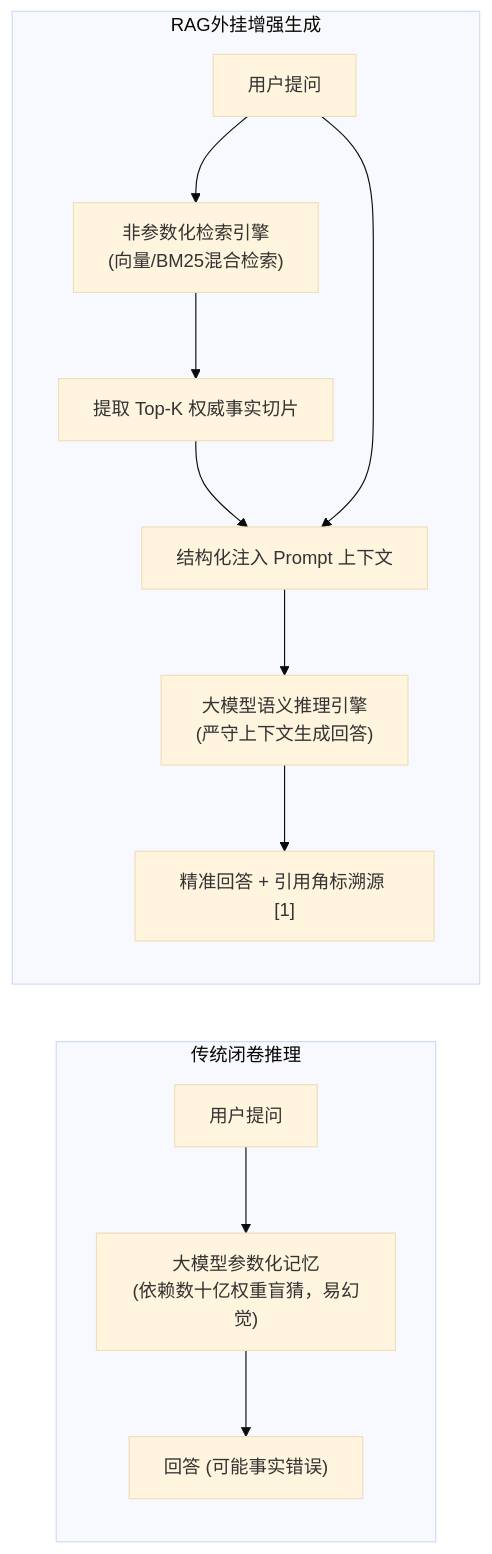
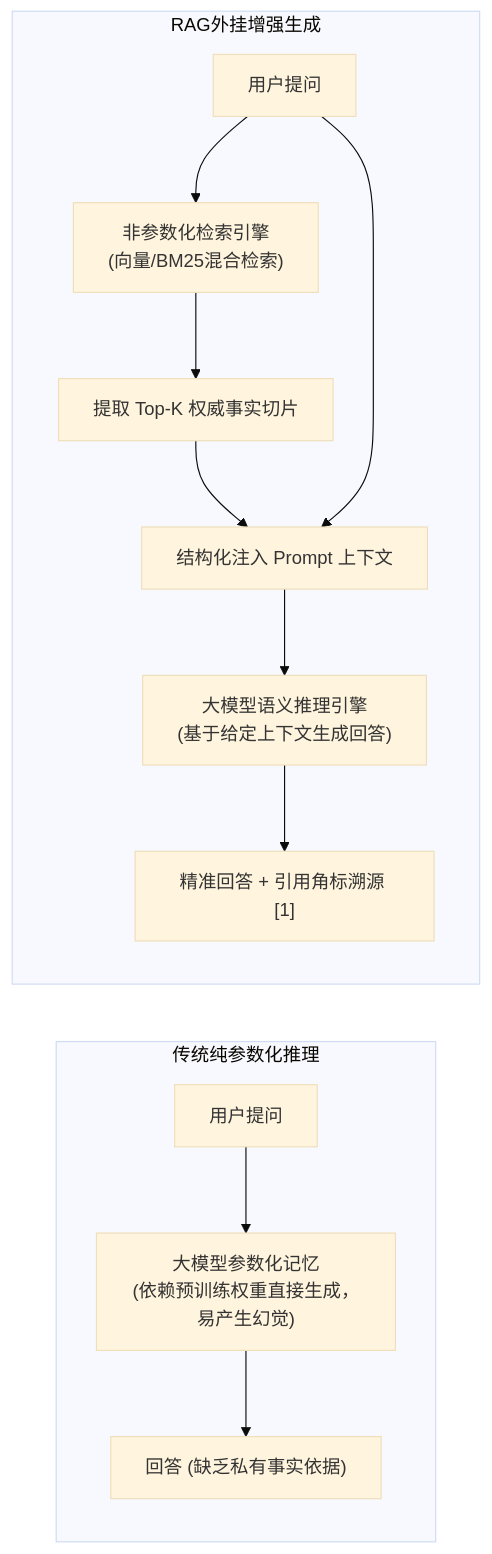
One commit to GuoWWWX/knowledge-base changed the first of 3 diagrams in 10-AI应用开发/03-知识库技术-RAG/00-RAG全景与心智模型.md. Above: the diagram before and after it, drawn with Mermaid (base theme). The commit also changed other lines of this file and 251 other files, not shown here.

````diff
--- a/10-AI应用开发/03-知识库技术-RAG/00-RAG全景与心智模型.md
+++ b/10-AI应用开发/03-知识库技术-RAG/00-RAG全景与心智模型.md
@@ -25,14 +25,14 @@
 ```mermaid
 flowchart LR
-    subgraph 传统闭卷推理
-        Q1["用户提问"] --> LLM1["大模型参数化记忆<br/>(依赖数十亿权重盲猜，易幻觉)"] --> A1["回答 (可能事实错误)"]
+    subgraph 传统纯参数化推理
+        Q1["用户提问"] --> LLM1["大模型参数化记忆<br/>(依赖预训练权重直接生成，易产生幻觉)"] --> A1["回答 (缺乏私有事实依据)"]
     end
 
     subgraph RAG外挂增强生成
         Q2["用户提问"] --> Ret["非参数化检索引擎<br/>(向量/BM25混合检索)"]
         Ret --> Doc["提取 Top-K 权威事实切片"]
         Doc & Q2 --> Prompt["结构化注入 Prompt 上下文"]
-        Prompt --> LLM2["大模型语义推理引擎<br/>(严守上下文生成回答)"]
+        Prompt --> LLM2["大模型语义推理引擎<br/>(基于给定上下文生成回答)"]
         LLM2 --> A2["精准回答 + 引用角标溯源 [1]"]
     end
 ```
````
